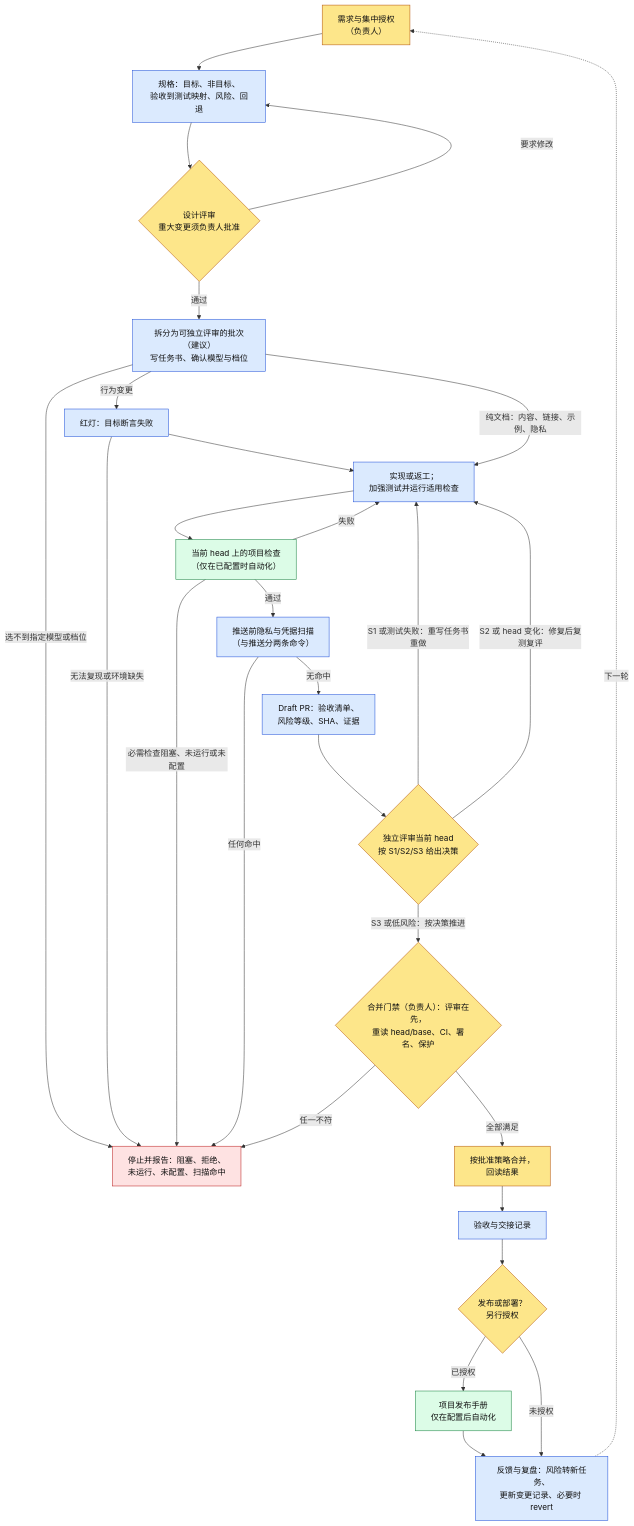
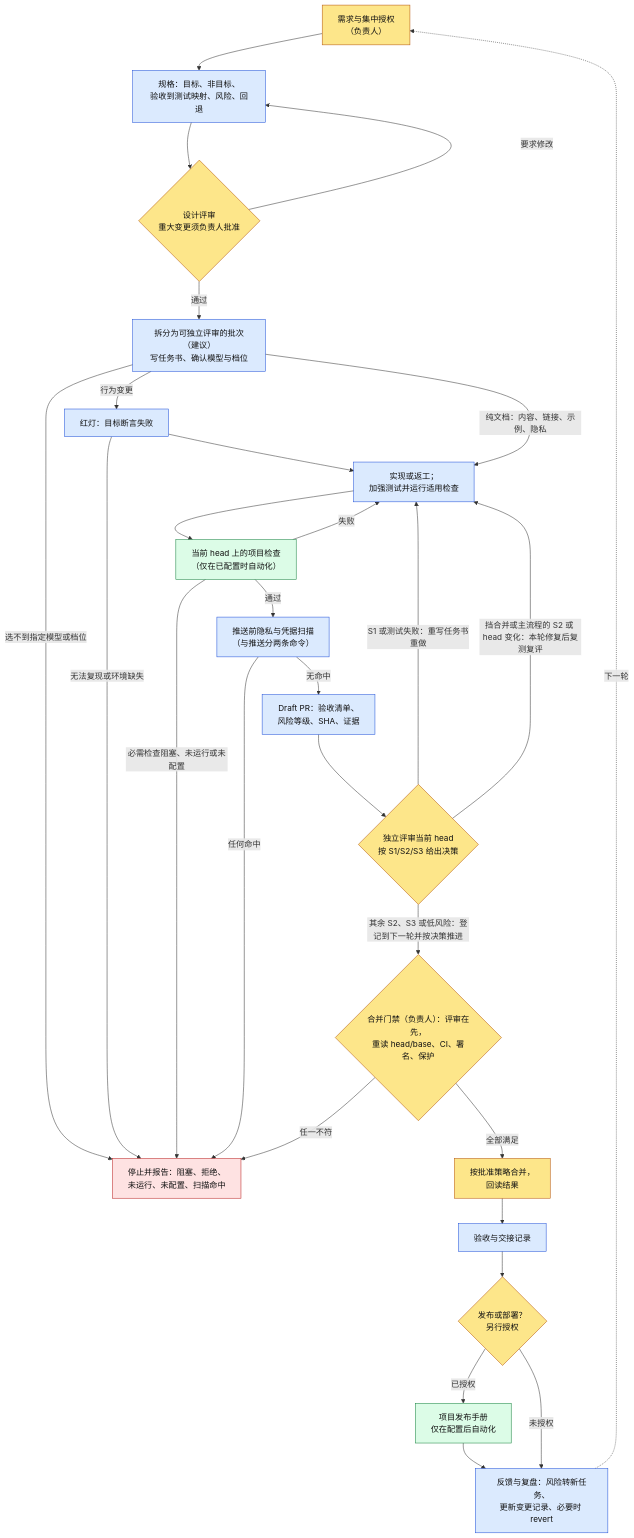
One commit to 2mauis/workflow-template changed the diagram in README.md. Above: the diagram before and after it, drawn with Mermaid. The commit also changed other lines of this file and 11 other files, not shown here.

````diff
--- a/README.md
+++ b/README.md
@@ -147,49 +159,49 @@
 ```mermaid
 flowchart TD
   classDef ai fill:#dbeafe,stroke:#1d4ed8,color:#111
   classDef human fill:#fde68a,stroke:#b45309,color:#111
   classDef auto fill:#dcfce7,stroke:#15803d,color:#111
   classDef stop fill:#fee2e2,stroke:#b91c1c,color:#111
 
 
   A["需求与集中授权<br/>（负责人）"]:::human
   B["规格：目标、非目标、<br/>验收到测试映射、风险、回退"]:::ai
   C{"设计评审<br/>重大变更须负责人批准"}:::human
   D["拆分为可独立评审的批次（建议）<br/>写任务书、确认模型与档位"]:::ai
   E["红灯：目标断言失败"]:::ai
   F["实现或返工；<br/>加强测试并运行适用检查"]:::ai
   G["当前 head 上的项目检查<br/>（仅在已配置时自动化）"]:::auto
   P["推送前隐私与凭据扫描<br/>（与推送分两条命令）"]:::ai
   H["Draft PR：验收清单、<br/>风险等级、SHA、证据"]:::ai
   I{"独立评审当前 head<br/>按 S1/S2/S3 给出决策"}:::human
   J{"合并门禁（负责人）：评审在先，<br/>重读 head/base、CI、署名、保护"}:::human
   K["按批准策略合并，<br/>回读结果"]:::human
   L["验收与交接记录"]:::ai
   M{"发布或部署？<br/>另行授权"}:::human
   R["项目发布手册<br/>仅在配置后自动化"]:::auto
   N["反馈与复盘：风险转新任务、<br/>更新变更记录、必要时 revert"]:::ai
   S["停止并报告：阻塞、拒绝、<br/>未运行、未配置、扫描命中"]:::stop
 
 
   A --> B --> C
   C -- "要求修改" --> B
   C -- "通过" --> D
   D -- "选不到指定模型或档位" --> S
   D -- "行为变更" --> E
   D -- "纯文档：内容、链接、示例、隐私" --> F
   E -- "无法复现或环境缺失" --> S
   E --> F --> G
   G -- "失败" --> F
   G -- "必需检查阻塞、未运行或未配置" --> S
   G -- "通过" --> P
   P -- "任何命中" --> S
   P -- "无命中" --> H --> I
   I -- "S1 或测试失败：重写任务书重做" --> F
-  I -- "S2 或 head 变化：修复后复测复评" --> F
-  I -- "S3 或低风险：按决策推进" --> J
+  I -- "挡合并或主流程的 S2 或 head 变化：本轮修复后复测复评" --> F
+  I -- "其余 S2、S3 或低风险：登记到下一轮并按决策推进" --> J
   J -- "任一不符" --> S
   J -- "全部满足" --> K --> L --> M
   M -- "已授权" --> R --> N
   M -- "未授权" --> N
   N -. "下一轮" .-> A
 ```
````
